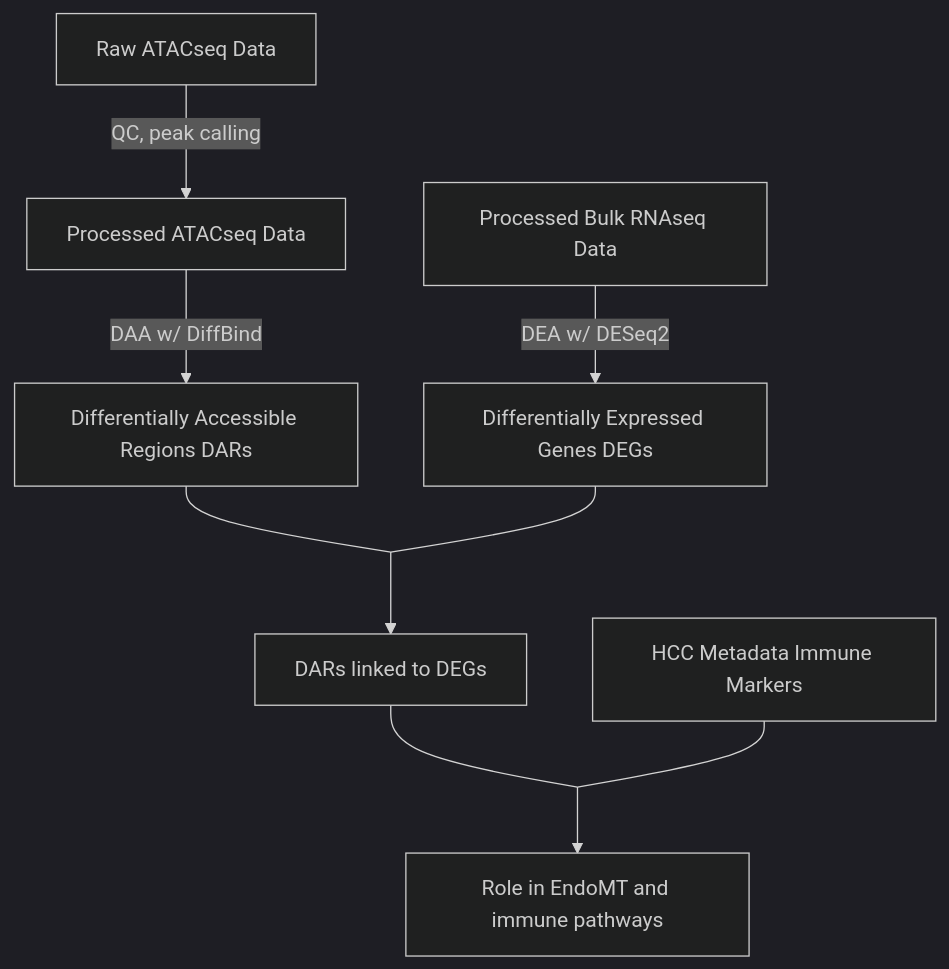
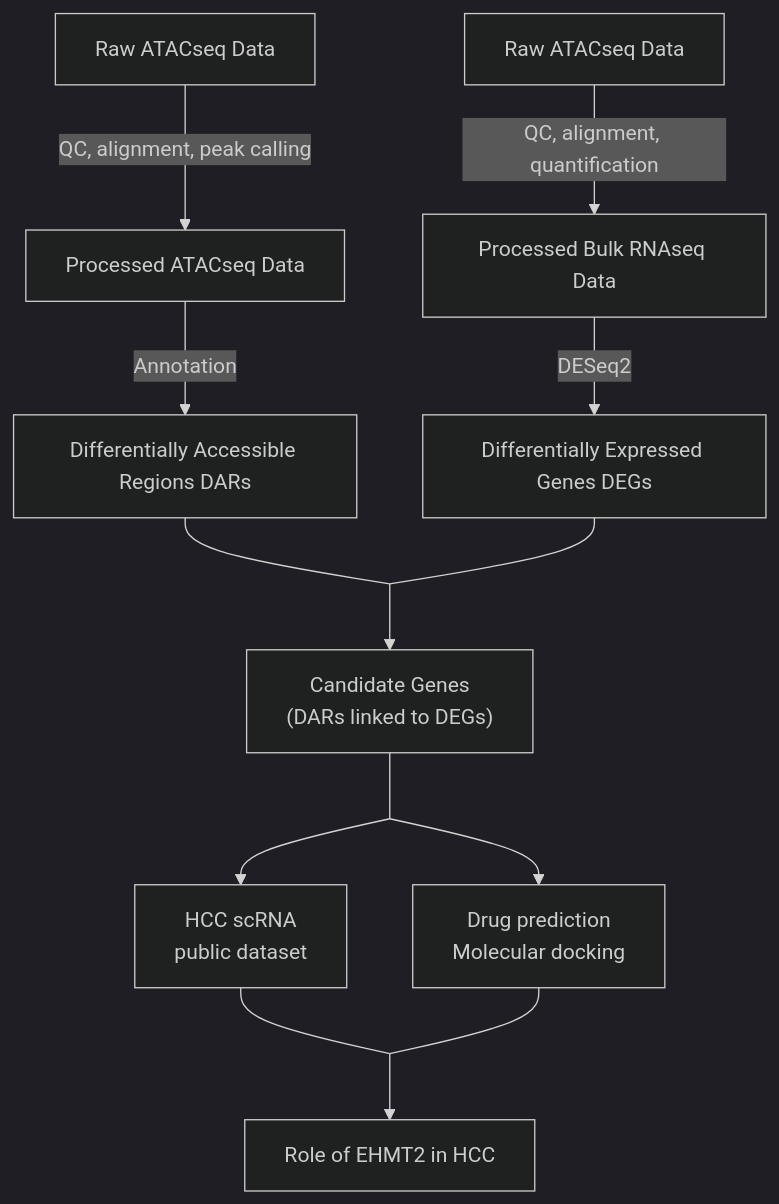
The second of 2 diagrams in README.md (DGendooLab/ehmt2), drawn with Mermaid before and after one commit. The commit also changed other lines of this file, not shown here.

````diff
--- a/README.md
+++ b/README.md
@@ -34,22 +34,28 @@
 ```mermaid
 ---
 config:
   theme: dark
 ---
 flowchart TB
-    A["Raw ATACseq Data"] -- "QC, peak calling" --> B["Processed ATACseq Data"]
-    B-- "DAA w/ DiffBind" -->C["Differentially Accessible Regions DARs"]
-    D["Processed Bulk RNAseq Data"]-- "DEA w/ DESeq2" -->E["Differentially Expressed Genes DEGs"]
+    A["Raw ATACseq Data"] -- "QC, alignment, peak calling" --> B["Processed ATACseq Data"]
+    B-- "Annotation" -->C["Differentially Accessible Regions DARs"]
+    I["Raw ATACseq Data"] -- "QC, alignment, quantification" --> D["Processed Bulk RNAseq Data"]
+    D["Processed Bulk RNAseq Data"]-- "DESeq2" -->E["Differentially Expressed Genes DEGs"]
 
     X[ ]:::empty
     C --- X
     E --- X
-    X --> F["DARs linked to DEGs"]
+    X --> F["Candidate Genes\n(DARs linked to DEGs)"]
 
     Y[ ]:::empty
     F --- Y
-    Y --> G["Role in EndoMT and immune pathways"]
-    H["HCC Metadata Immune Markers"] --- Y
+    Y --> H["HCC scRNA\npublic dataset"]
+    Y --> J["Drug prediction\nMolecular docking"]
+
+    Z[ ]:::empty
+    H --- Z
+    J --- Z
+    Z --> G["Role of EHMT2 in HCC"]
 
     classDef empty height: 0, width: 0
 ```
````
